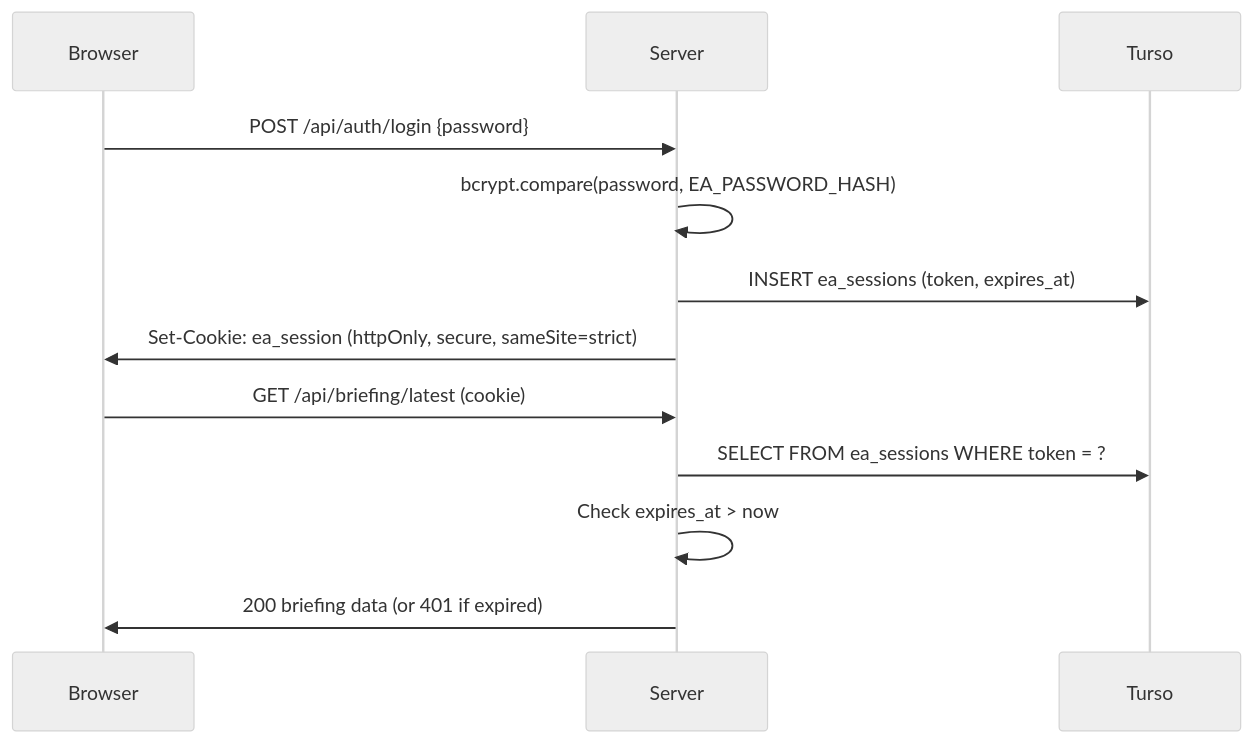
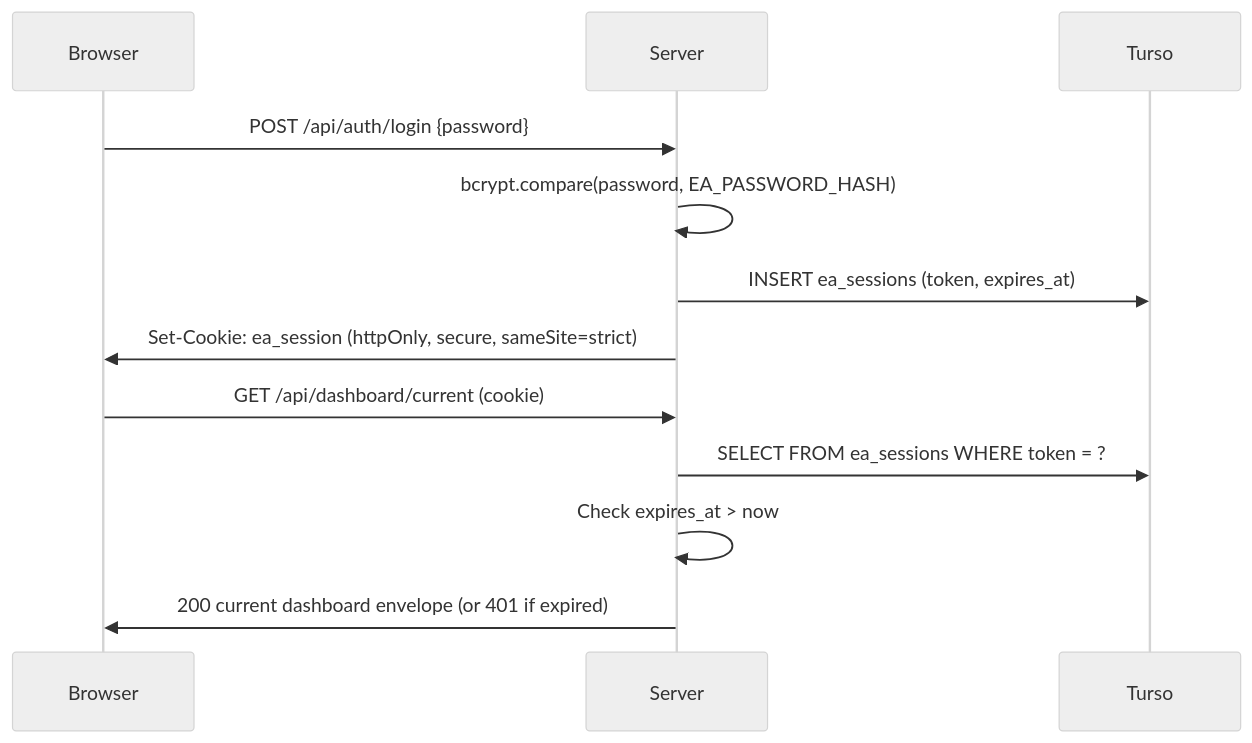
Before and after one commit to ansidian/Setpoint: the fifth of 7 diagrams in ARCHITECTURE.md, drawn with Mermaid (neutral theme). The commit also changed other lines of this file and 17 other files, not shown here.

````diff
--- a/ARCHITECTURE.md
+++ b/ARCHITECTURE.md
@@ -309,16 +313,16 @@
 ```mermaid
 sequenceDiagram
     participant B as Browser
     participant S as Server
     participant DB as Turso
 
     B->>S: POST /api/auth/login {password}
     S->>S: bcrypt.compare(password, EA_PASSWORD_HASH)
     S->>DB: INSERT ea_sessions (token, expires_at)
     S->>B: Set-Cookie: ea_session (httpOnly, secure, sameSite=strict)
 
-    B->>S: GET /api/briefing/latest (cookie)
+    B->>S: GET /api/dashboard/current (cookie)
     S->>DB: SELECT FROM ea_sessions WHERE token = ?
     S->>S: Check expires_at > now
-    S->>B: 200 briefing data (or 401 if expired)
+    S->>B: 200 current dashboard envelope (or 401 if expired)
 ```
````
